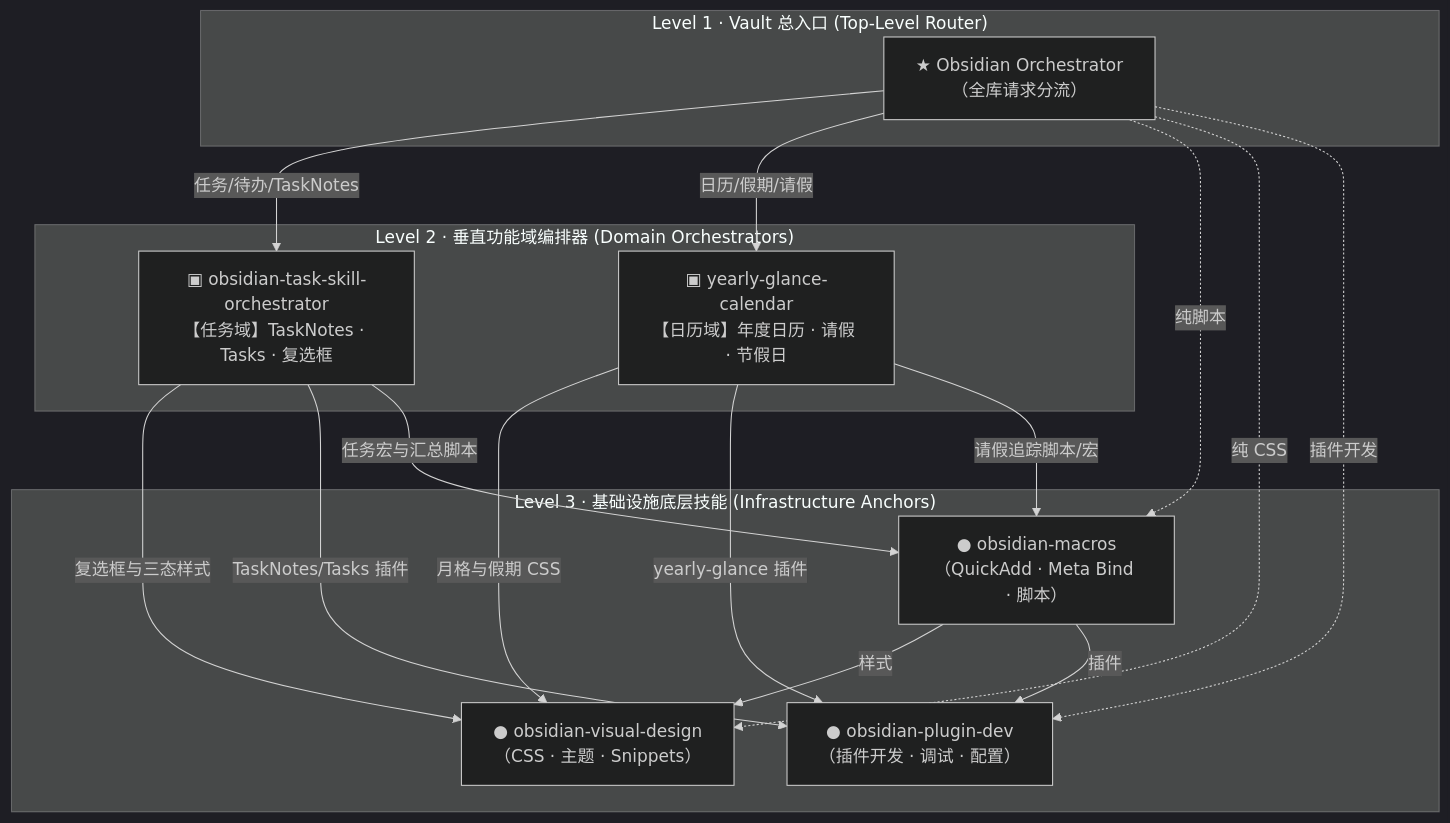
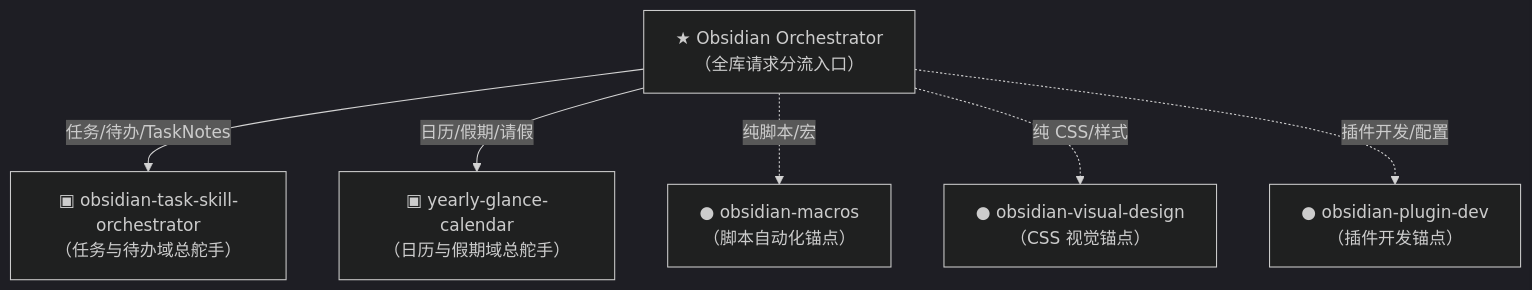
Before and after one commit to syyangv/obsidian-vault-scripts: the first of 3 diagrams in 说明书/Obsidian 技能编排关系.md, drawn with Mermaid (dark theme). The commit also changed other lines of this file, not shown here.

Commit message:
docs: separate monolithic mermaid diagram into 3 modular hierarchy charts

````diff
--- a/说明书/Obsidian 技能编排关系.md
+++ b/说明书/Obsidian 技能编排关系.md
@@ -12,37 +14,15 @@
 ```mermaid
 graph TD
-    subgraph L1["Level 1 · Vault 总入口 (Top-Level Router)"]
-        TOP["★ Obsidian Orchestrator<br/>（全库请求分流）"]
-    end
+    TOP["★ Obsidian Orchestrator<br/>（全库请求分流入口）"]
+    TO["▣ obsidian-task-skill-orchestrator<br/>（任务与待办域总舵手）"]
+    YG["▣ yearly-glance-calendar<br/>（日历与假期域总舵手）"]
+    M["● obsidian-macros<br/>（脚本自动化锚点）"]
+    V["● obsidian-visual-design<br/>（CSS 视觉锚点）"]
+    PD["● obsidian-plugin-dev<br/>（插件开发锚点）"]
 
-    subgraph L2["Level 2 · 垂直功能域编排器 (Domain Orchestrators)"]
-        TO["▣ obsidian-task-skill-orchestrator<br/>【任务域】TaskNotes · Tasks · 复选框"]
-        YG["▣ yearly-glance-calendar<br/>【日历域】年度日历 · 请假 · 节假日"]
-    end
-
-    subgraph L3["Level 3 · 基础设施底层技能 (Infrastructure Anchors)"]
-        V["● obsidian-visual-design<br/>（CSS · 主题 · Snippets）"]
-        PD["● obsidian-plugin-dev<br/>（插件开发 · 调试 · 配置）"]
-        M["● obsidian-macros<br/>（QuickAdd · Meta Bind · 脚本）"]
-    end
-
-    %% L1 委派给 L2
     TOP -->|任务/待办/TaskNotes| TO
     TOP -->|日历/假期/请假| YG
-    TOP -.->|纯脚本| M
-    TOP -.->|纯 CSS| V
-    TOP -.->|插件开发| PD
-
-    %% L2 编排 L3
-    TO -->|复选框与三态样式| V
-    TO -->|TaskNotes/Tasks 插件| PD
-    TO -->|任务宏与汇总脚本| M
-
-    YG -->|月格与假期 CSS| V
-    YG -->|yearly-glance 插件| PD
-    YG -->|请假追踪脚本/宏| M
-
-    %% 基础设施锚点协同
-    M -->|样式| V
-    M -->|插件| PD
+    TOP -.->|纯脚本/宏| M
+    TOP -.->|纯 CSS/样式| V
+    TOP -.->|插件开发/配置| PD
 ```
````
